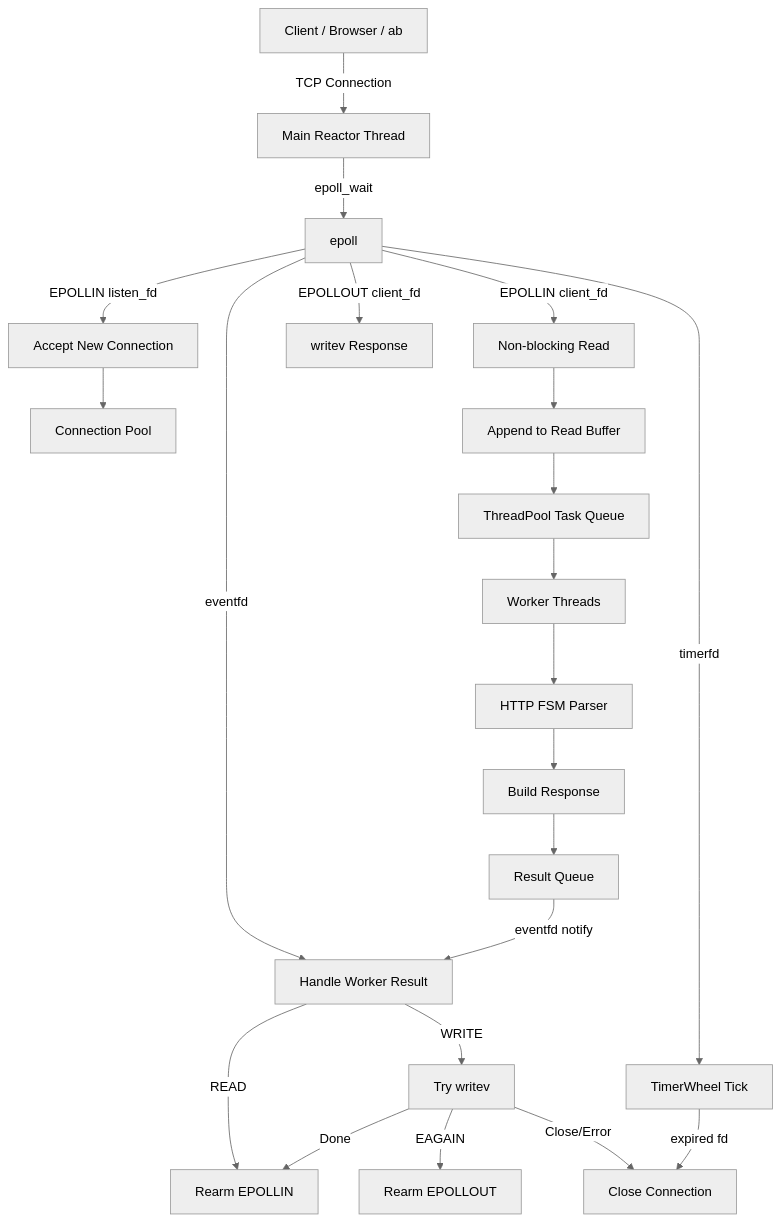
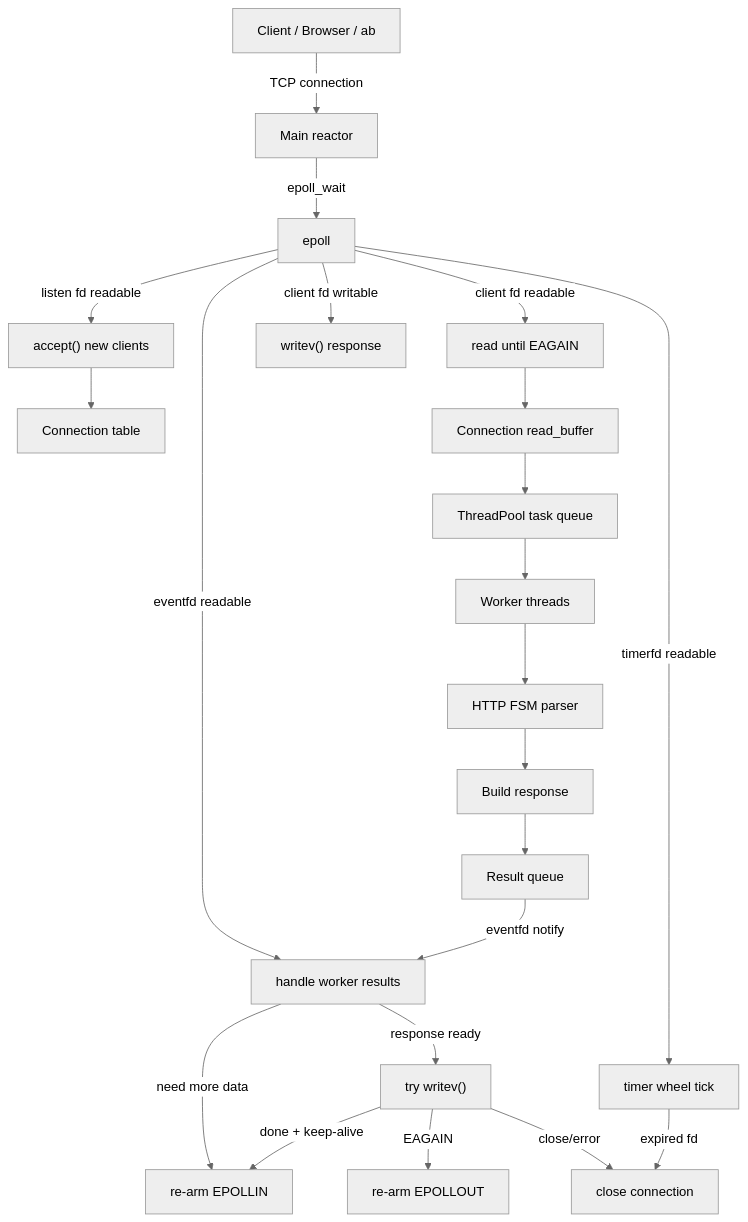
One commit to kangbaoH/VWebServer changed the first of 4 diagrams in README.md. Above: the diagram before and after it, drawn with Mermaid (neutral theme). The commit also changed other lines of this file and 2 other files, not shown here.

Commit message:
chore: Add more content to README.md.

````diff
--- a/README.md
+++ b/README.md
@@ -152,29 +37,29 @@
 ```mermaid
 flowchart TD
-    Client[Client / Browser / ab] -->|TCP Connection| Main[Main Reactor Thread]
+    Client["Client / Browser / ab"] -->|"TCP connection"| Main["Main reactor"]
 
-    Main -->|epoll_wait| Epoll[epoll]
-    Epoll -->|EPOLLIN listen_fd| Accept[Accept New Connection]
-    Epoll -->|EPOLLIN client_fd| Read[Non-blocking Read]
-    Epoll -->|EPOLLOUT client_fd| Write[writev Response]
-    Epoll -->|timerfd| Timer[TimerWheel Tick]
-    Epoll -->|eventfd| Result[Handle Worker Result]
+    Main -->|"epoll_wait"| Epoll["epoll"]
+    Epoll -->|"listen fd readable"| Accept["accept() new clients"]
+    Epoll -->|"client fd readable"| Read["read until EAGAIN"]
+    Epoll -->|"client fd writable"| Write["writev() response"]
+    Epoll -->|"timerfd readable"| Timer["timer wheel tick"]
+    Epoll -->|"eventfd readable"| Results["handle worker results"]
 
-    Accept --> Conn[Connection Pool]
-    Read --> Buffer[Append to Read Buffer]
-    Buffer --> TaskQueue[ThreadPool Task Queue]
+    Accept --> Conn["Connection table"]
+    Read --> Buffer["Connection read_buffer"]
+    Buffer --> Tasks["ThreadPool task queue"]
 
-    TaskQueue --> Worker[Worker Threads]
-    Worker --> FSM[HTTP FSM Parser]
-    FSM --> Response[Build Response]
-    Response --> ResultQueue[Result Queue]
-    ResultQueue -->|eventfd notify| Result
+    Tasks --> Worker["Worker threads"]
+    Worker --> Parser["HTTP FSM parser"]
+    Parser --> Response["Build response"]
+    Response --> ResultQueue["Result queue"]
+    ResultQueue -->|"eventfd notify"| Results
 
-    Result -->|READ| RearmRead[Rearm EPOLLIN]
-    Result -->|WRITE| TryWrite[Try writev]
-    TryWrite -->|Done| RearmRead
-    TryWrite -->|EAGAIN| RearmWrite[Rearm EPOLLOUT]
-    TryWrite -->|Close/Error| Close[Close Connection]
+    Results -->|"need more data"| RearmRead["re-arm EPOLLIN"]
+    Results -->|"response ready"| TryWrite["try writev()"]
+    TryWrite -->|"done + keep-alive"| RearmRead
+    TryWrite -->|"EAGAIN"| RearmWrite["re-arm EPOLLOUT"]
+    TryWrite -->|"close/error"| Close["close connection"]
 
-    Timer -->|expired fd| Close
+    Timer -->|"expired fd"| Close
 ```
````
